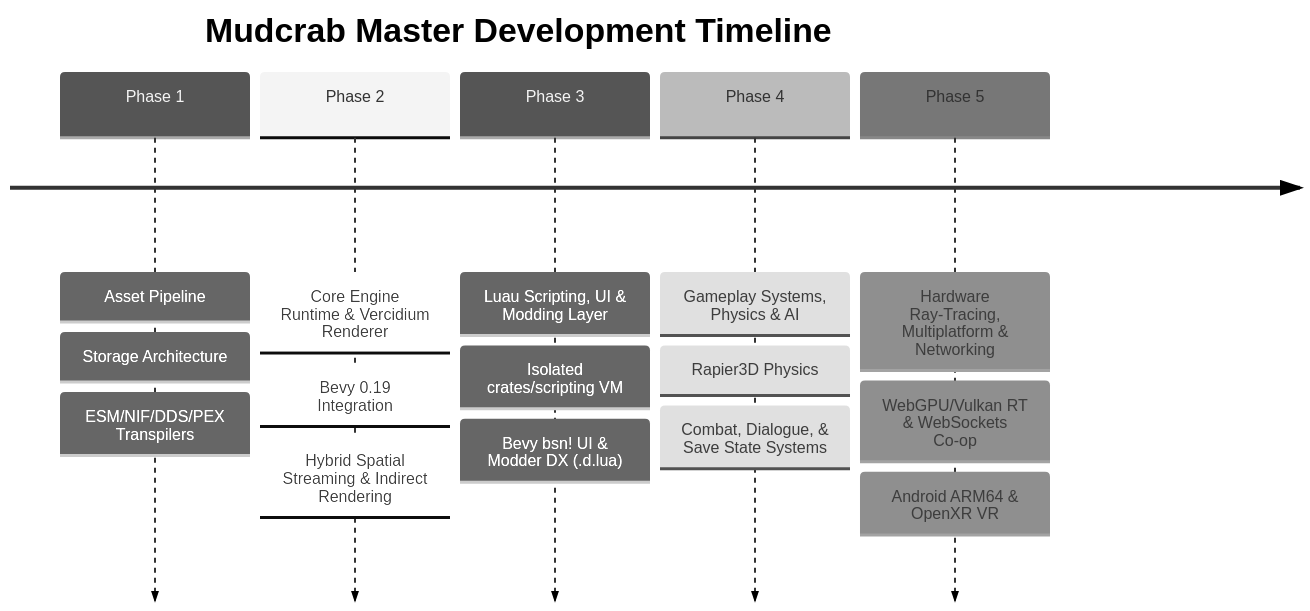
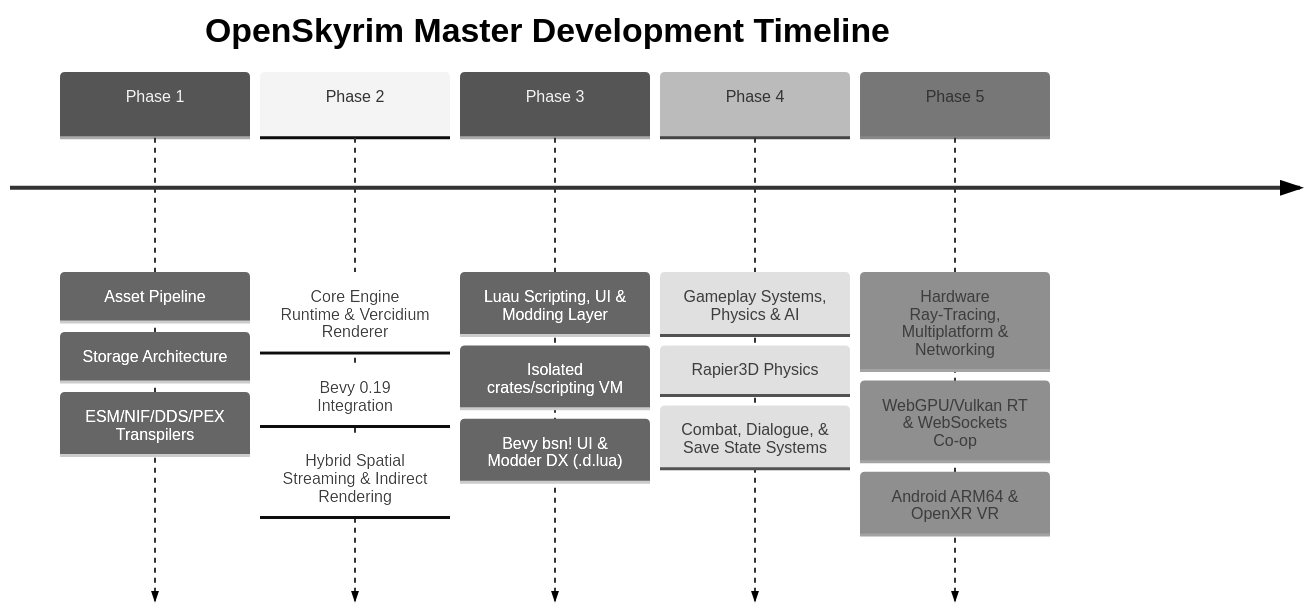
Before and after one commit to BimingtonBill/wah-krah-jol: the diagram in docs/roadmap/README.md, drawn with Mermaid (neutral theme). The commit also changed other lines of this file and 57 other files, not shown here.

First line of the commit message:
Revert "chore: rebrand Wah Krah Jol and OpenSkyrim to Mudcrab (#66)" (#74)

````diff
--- a/docs/roadmap/README.md
+++ b/docs/roadmap/README.md
@@ -9,9 +9,9 @@
 ```mermaid
 timeline
-    title Mudcrab Master Development Timeline
+    title OpenSkyrim Master Development Timeline
     Phase 1 : Asset Pipeline : Storage Architecture : ESM/NIF/DDS/PEX Transpilers
     Phase 2 : Core Engine Runtime & Vercidium Renderer : Bevy 0.19 Integration : Hybrid Spatial Streaming & Indirect Rendering
     Phase 3 : Luau Scripting, UI & Modding Layer : Isolated crates/scripting VM : Bevy bsn! UI & Modder DX (.d.lua)
     Phase 4 : Gameplay Systems, Physics & AI : Rapier3D Physics : Combat, Dialogue, & Save State Systems
     Phase 5 : Hardware Ray-Tracing, Multiplatform & Networking : WebGPU/Vulkan RT & WebSockets Co-op : Android ARM64 & OpenXR VR
 ```
````
